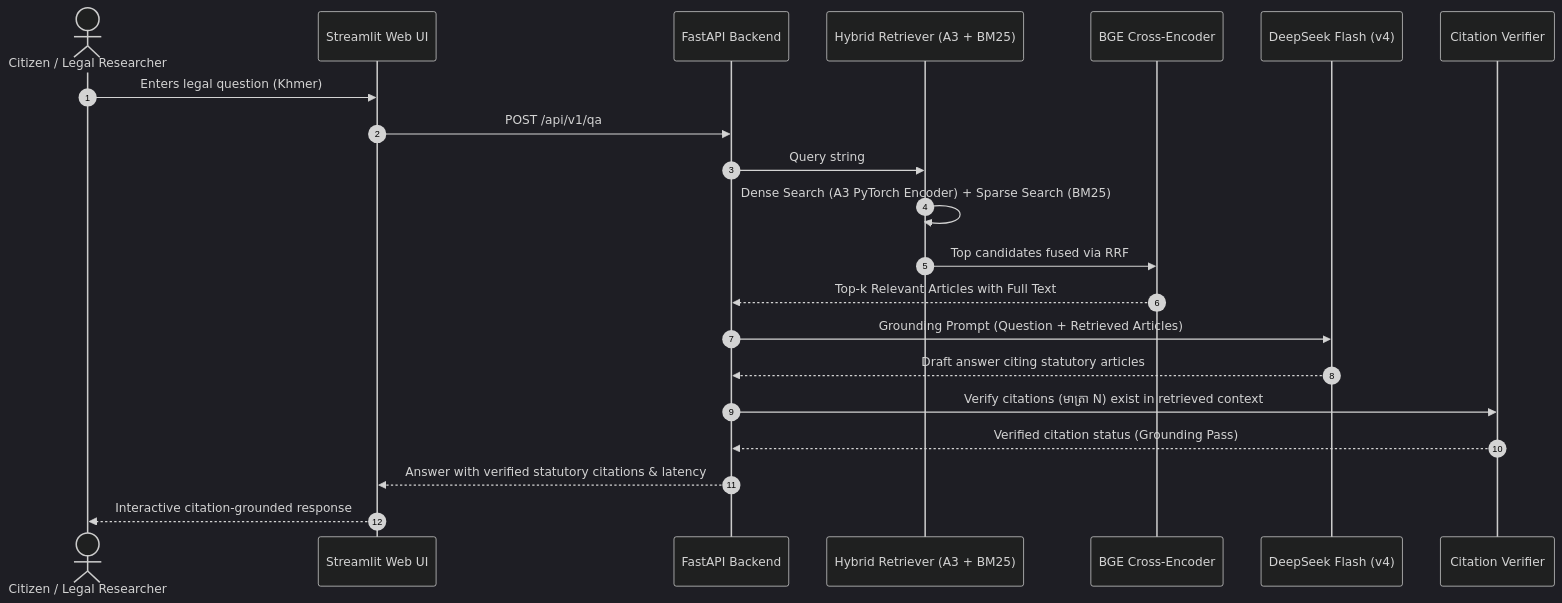
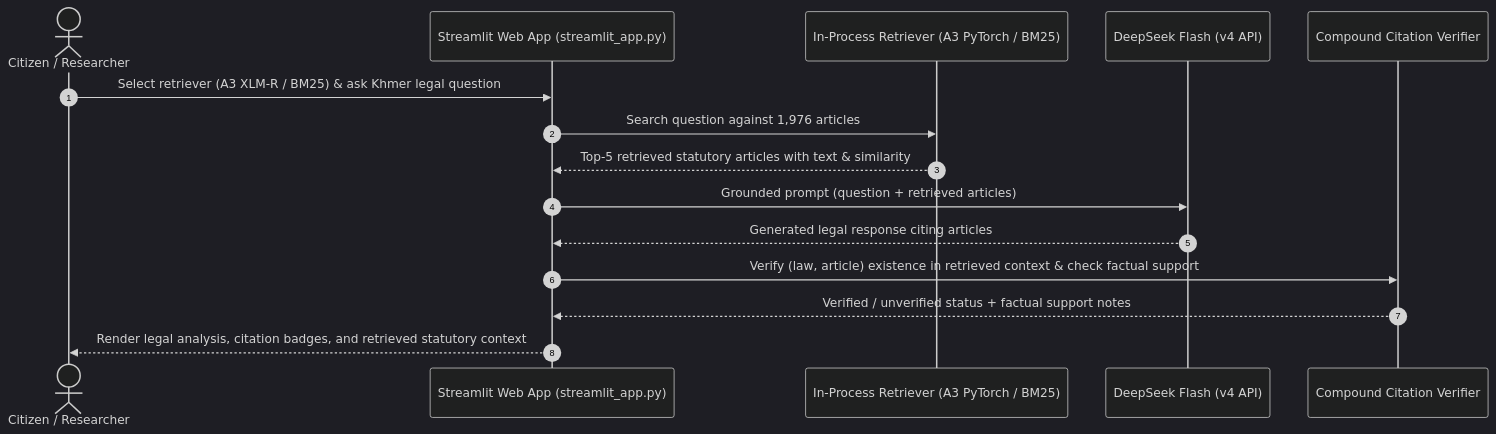
Before and after one commit to mengchheanglong/khmer-legal-retrieval: the second of 2 diagrams in README.md, drawn with Mermaid (dark theme). The commit also changed other lines of this file and 11 other files, not shown here.

````diff
--- a/README.md
+++ b/README.md
@@ -493,24 +500,18 @@
 ```mermaid
 sequenceDiagram
     autonumber
-    actor User as Citizen / Legal Researcher
-    participant UI as Streamlit Web UI
-    participant API as FastAPI Backend
-    participant Ret as Hybrid Retriever (A3 + BM25)
-    participant Rerank as BGE Cross-Encoder
-    participant LLM as DeepSeek Flash (v4)
-    participant Guard as Citation Verifier
+    actor User as Citizen / Researcher
+    participant UI as Streamlit Web App (streamlit_app.py)
+    participant Ret as In-Process Retriever (A3 PyTorch / BM25)
+    participant LLM as DeepSeek Flash (v4 API)
+    participant Guard as Compound Citation Verifier
 
-    User->>UI: Enters legal question (Khmer)
-    UI->>API: POST /api/v1/qa
-    API->>Ret: Query string
-    Ret->>Ret: Dense Search (A3 PyTorch Encoder) + Sparse Search (BM25)
-    Ret->>Rerank: Top candidates fused via RRF
-    Rerank-->>API: Top-k Relevant Articles with Full Text
-    API->>LLM: Grounding Prompt (Question + Retrieved Articles)
-    LLM-->>API: Draft answer citing statutory articles
-    API->>Guard: Verify citations (មាត្រា N) exist in retrieved context
-    Guard-->>API: Verified citation status (Grounding Pass)
-    API-->>UI: Answer with verified statutory citations & latency
-    UI-->>User: Interactive citation-grounded response
+    User->>UI: Select retriever (A3 XLM-R / BM25) & ask Khmer legal question
+    UI->>Ret: Search question against 1,976 articles
+    Ret-->>UI: Top-5 retrieved statutory articles with text & similarity
+    UI->>LLM: Grounded prompt (question + retrieved articles)
+    LLM-->>UI: Generated legal response citing articles
+    UI->>Guard: Verify (law, article) existence in retrieved context & check factual support
+    Guard-->>UI: Verified / unverified status + factual support notes
+    UI-->>User: Render legal analysis, citation badges, and retrieved statutory context
 ```
````
